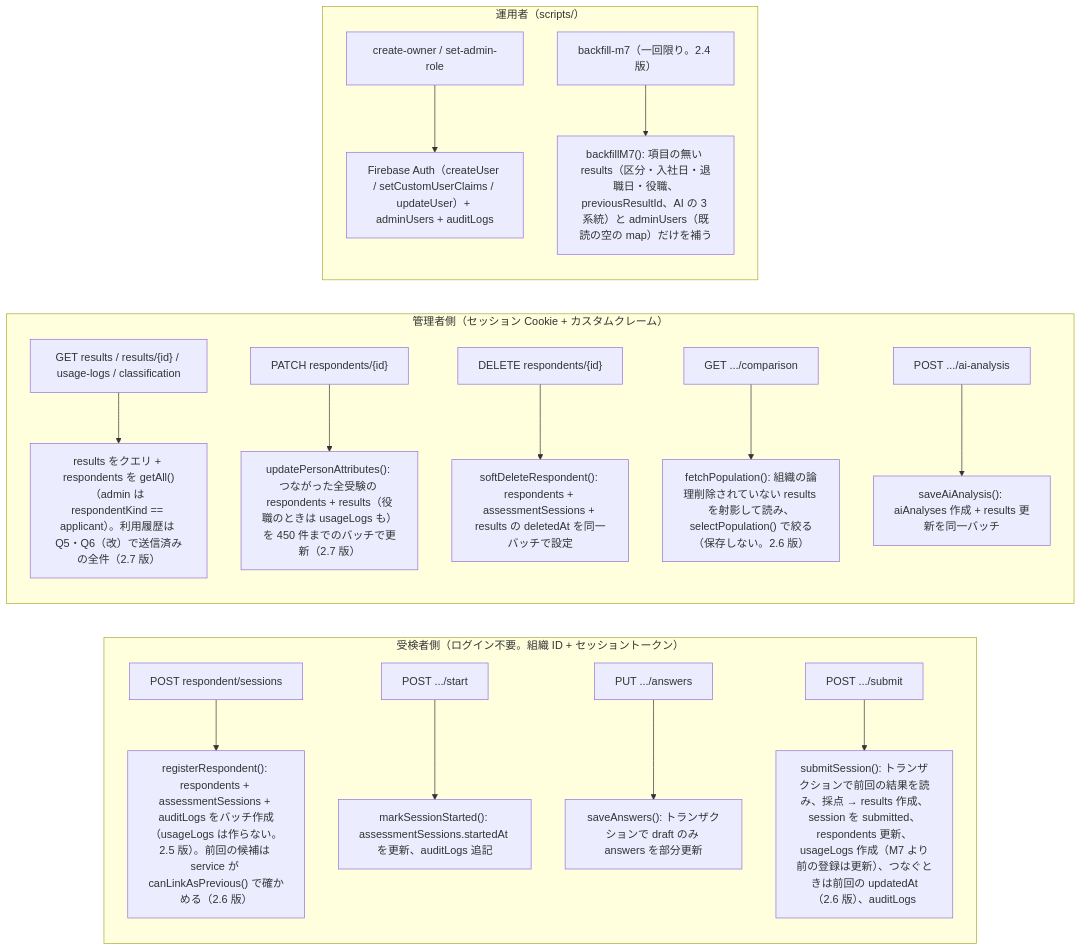
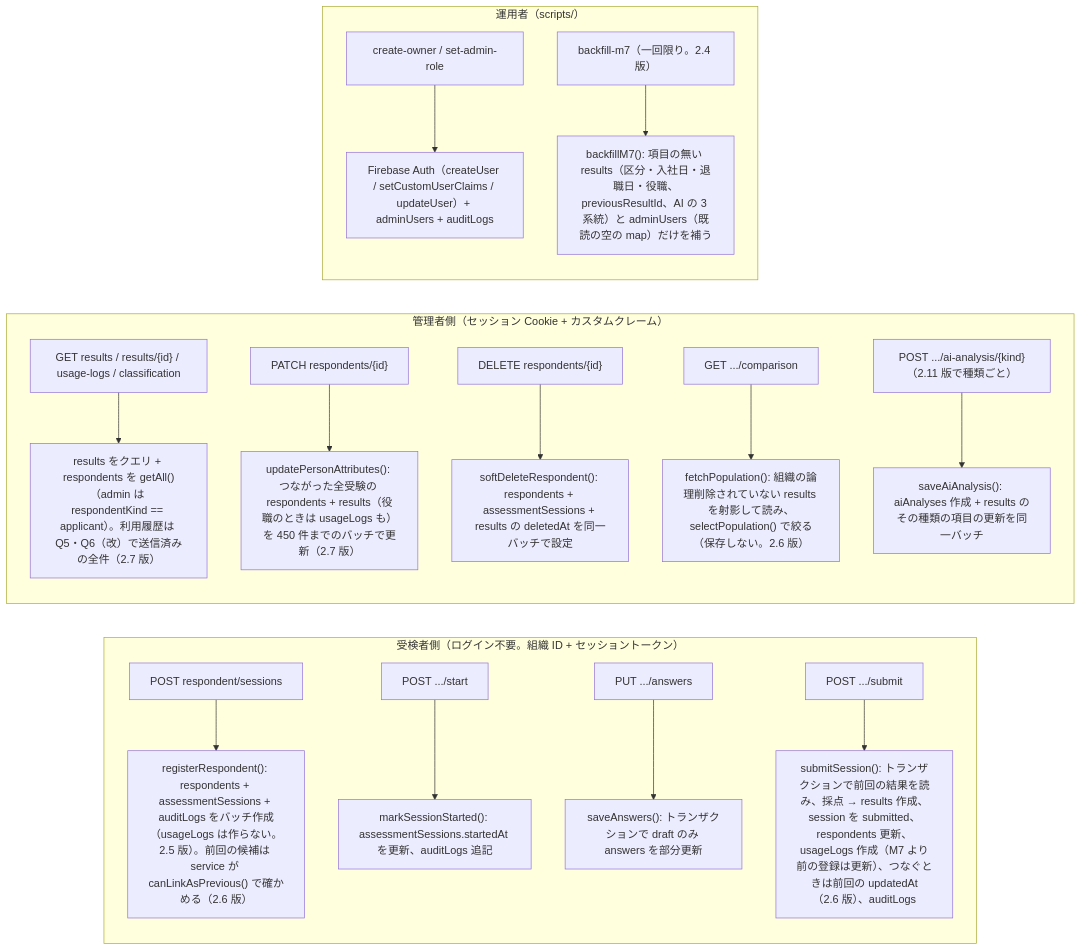
One commit to tanukichiyamaguchi/Tekisei-Kensa changed the second of 3 diagrams in docs/基本設計/02_データベース設計.md. Above: the diagram before and after it, drawn with Mermaid. The commit also changed other lines of this file and 95 other files, not shown here.

````diff
--- a/docs/基本設計/02_データベース設計.md
+++ b/docs/基本設計/02_データベース設計.md
@@ -237,20 +237,20 @@
 ```mermaid
 flowchart LR
     subgraph respondentSide["受検者側（ログイン不要。組織 ID + セッショントークン）"]
         R1["POST respondent/sessions"] --> T1["registerRespondent(): respondents + assessmentSessions + auditLogs をバッチ作成（usageLogs は作らない。2.5 版）。前回の候補は service が canLinkAsPrevious() で確かめる（2.6 版）"]
         R0["POST .../start"] --> T0["markSessionStarted(): assessmentSessions.startedAt を更新、auditLogs 追記"]
         R2["PUT .../answers"] --> T2["saveAnswers(): トランザクションで draft のみ answers を部分更新"]
         R3["POST .../submit"] --> T3["submitSession(): トランザクションで前回の結果を読み、採点 → results 作成、session を submitted、respondents 更新、usageLogs 作成（M7 より前の登録は更新）、つなぐときは前回の updatedAt（2.6 版）、auditLogs"]
     end
     subgraph adminSide["管理者側（セッション Cookie + カスタムクレーム）"]
         A1["GET results / results/{id} / usage-logs / classification"] --> T4["results をクエリ + respondents を getAll()（admin は respondentKind == applicant）。利用履歴は Q5・Q6（改）で送信済みの全件（2.7 版）"]
         A2["PATCH respondents/{id}"] --> T5["updatePersonAttributes(): つながった全受験の respondents + results（役職のときは usageLogs も）を 450 件までのバッチで更新（2.7 版）"]
         A3["DELETE respondents/{id}"] --> T6["softDeleteRespondent(): respondents + assessmentSessions + results の deletedAt を同一バッチで設定"]
         A4["GET .../comparison"] --> T7["fetchPopulation(): 組織の論理削除されていない results を射影して読み、selectPopulation() で絞る（保存しない。2.6 版）"]
-        A5["POST .../ai-analysis"] --> T8["saveAiAnalysis(): aiAnalyses 作成 + results 更新を同一バッチ"]
+        A5["POST .../ai-analysis/{kind}（2.11 版で種類ごと）"] --> T8["saveAiAnalysis(): aiAnalyses 作成 + results のその種類の項目の更新を同一バッチ"]
     end
     subgraph ops["運用者（scripts/）"]
         S1["create-owner / set-admin-role"] --> T9["Firebase Auth（createUser / setCustomUserClaims / updateUser）+ adminUsers + auditLogs"]
         S2["backfill-m7（一回限り。2.4 版）"] --> T10["backfillM7(): 項目の無い results（区分・入社日・退職日・役職、previousResultId、AI の 3 系統）と adminUsers（既読の空の map）だけを補う"]
     end
 ```
````
